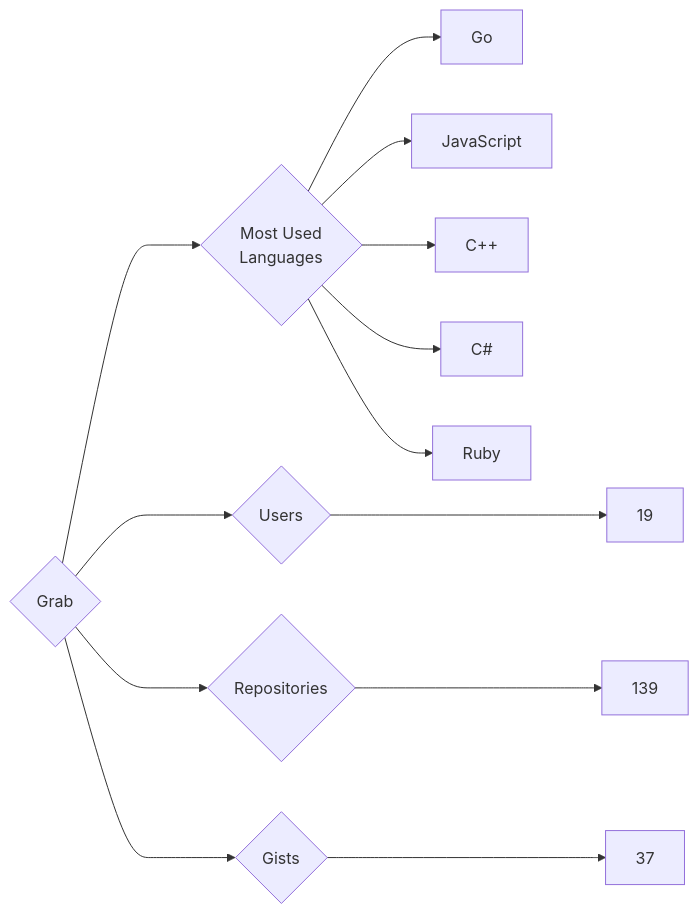
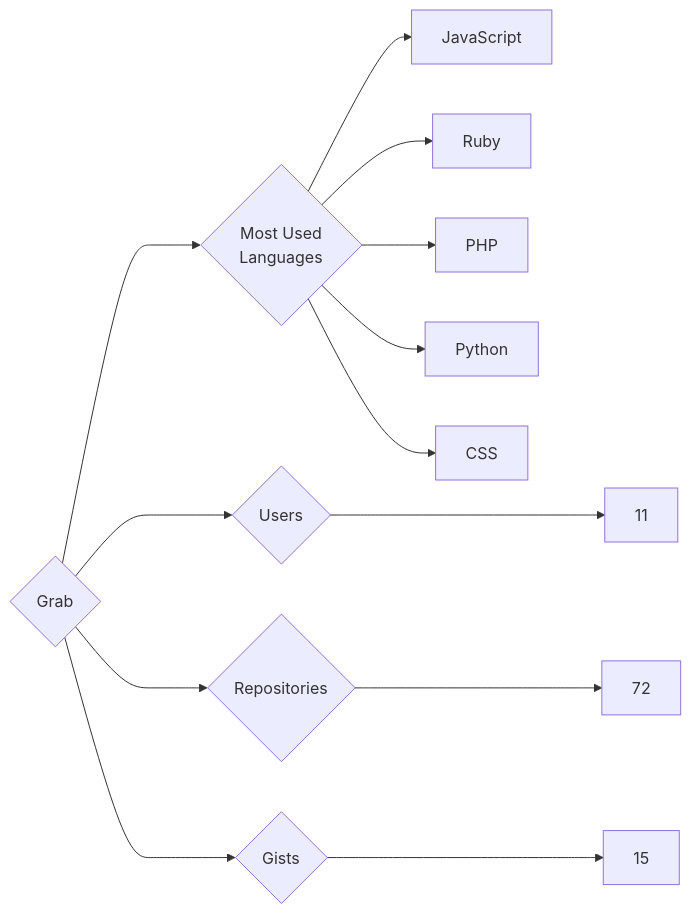
One commit to trickest/insiders changed the diagram in targets/Grab/README.md. Above: the diagram before and after it, drawn with Mermaid. The commit also changed 930 other files, not shown here.

````diff
--- a/targets/Grab/README.md
+++ b/targets/Grab/README.md
@@ -3,13 +3,13 @@
 ```mermaid
 graph LR
 COMPANY_NAME{Grab}
-COMPANY_NAME ---> U{Users} ---> UN[19]
-COMPANY_NAME ---> R{Repositories} ---> RN[139]
-COMPANY_NAME ---> G{Gists} ---> GN[37]
+COMPANY_NAME ---> U{Users} ---> UN[11]
+COMPANY_NAME ---> R{Repositories} ---> RN[72]
+COMPANY_NAME ---> G{Gists} ---> GN[15]
 COMPANY_NAME ---> ML{Most Used<br>Languages}
-ML --> Go[Go]
 ML --> JavaScript[JavaScript]
-ML --> C++[C++]
-ML --> C#[C#]
 ML --> Ruby[Ruby]
+ML --> PHP[PHP]
+ML --> Python[Python]
+ML --> CSS[CSS]
 ```
````
